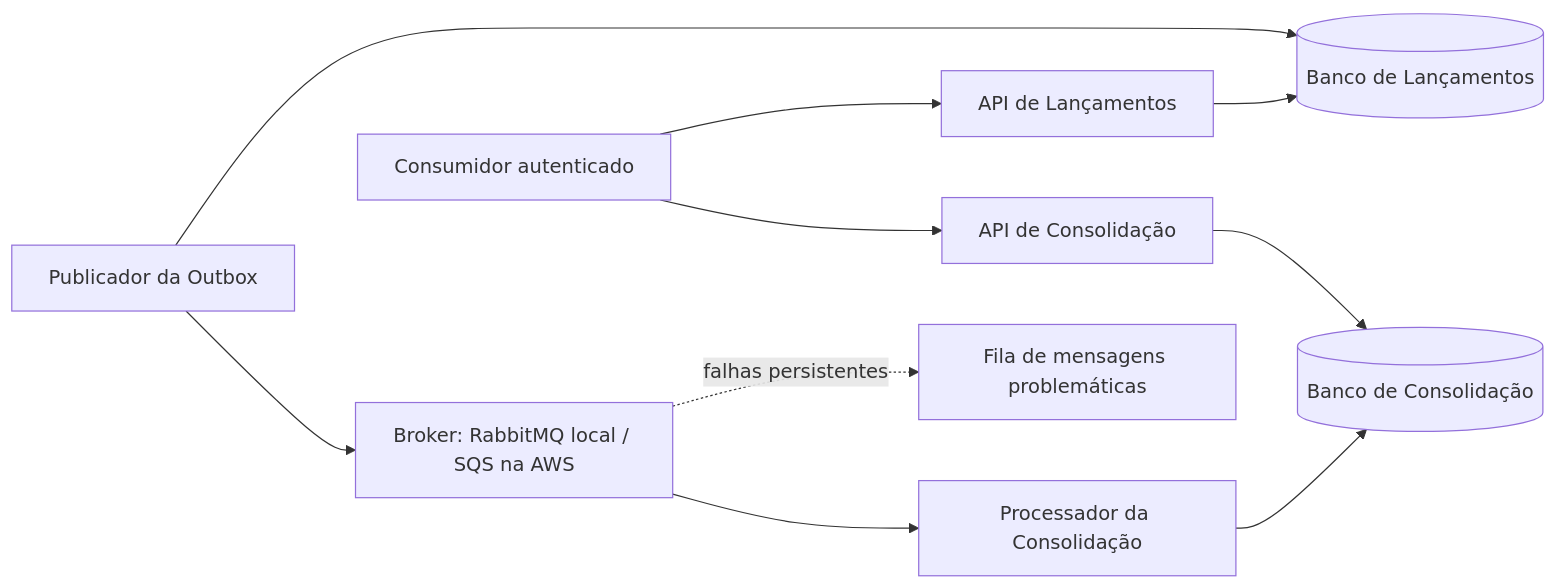
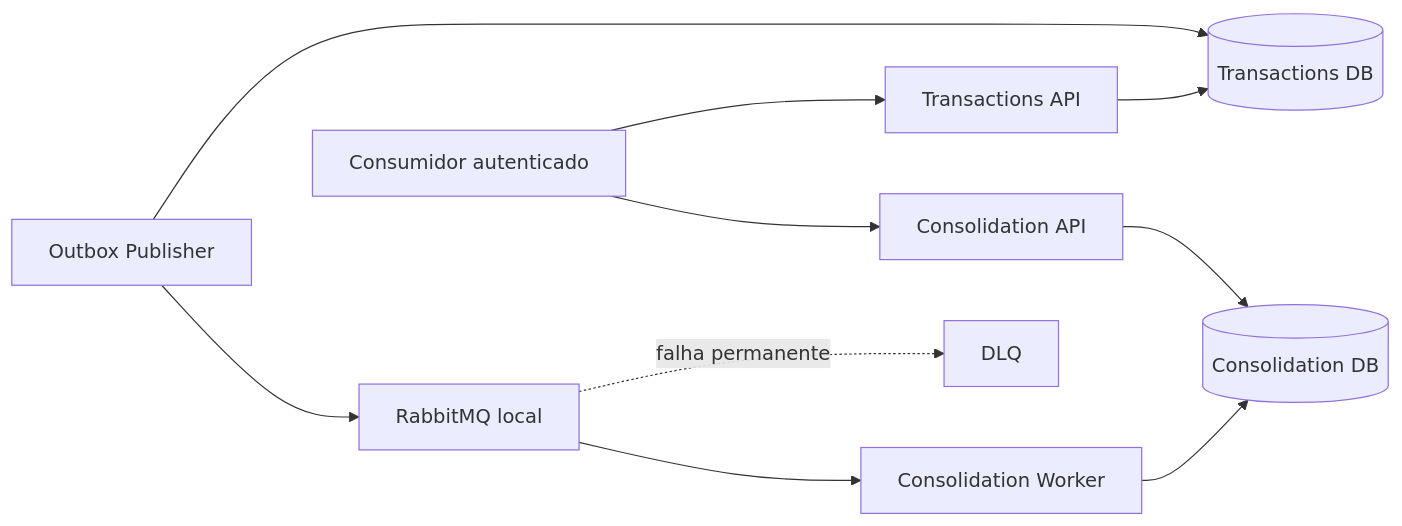
One commit to ThiagoFerraciolli/cash-flow-architecture changed the diagram in readme.md. Above: the diagram before and after it, drawn with Mermaid. The commit also changed other lines of this file, not shown here.

````diff
--- a/readme.md
+++ b/readme.md
@@ -9,12 +9,12 @@
 ```mermaid
 flowchart LR
-    U[Consumidor autenticado] --> TA[API de Lançamentos]
-    U --> CA[API de Consolidação]
-    TA --> TDB[(Banco de Lançamentos)]
-    TW[Publicador da Outbox] --> TDB
-    TW --> Q[Broker: RabbitMQ local / SQS na AWS]
-    Q --> CW[Processador da Consolidação]
-    CW --> CDB[(Banco de Consolidação)]
+    U[Consumidor autenticado] --> TA[Transactions API]
+    U --> CA[Consolidation API]
+    TA --> TDB[(Transactions DB)]
+    TW[Outbox Publisher] --> TDB
+    TW --> Q[RabbitMQ local]
+    Q --> CW[Consolidation Worker]
+    CW --> CDB[(Consolidation DB)]
     CA --> CDB
-    Q -. falhas persistentes .-> D[Fila de mensagens problemáticas]
+    Q -. falha permanente .-> D[DLQ]
 ```
````
